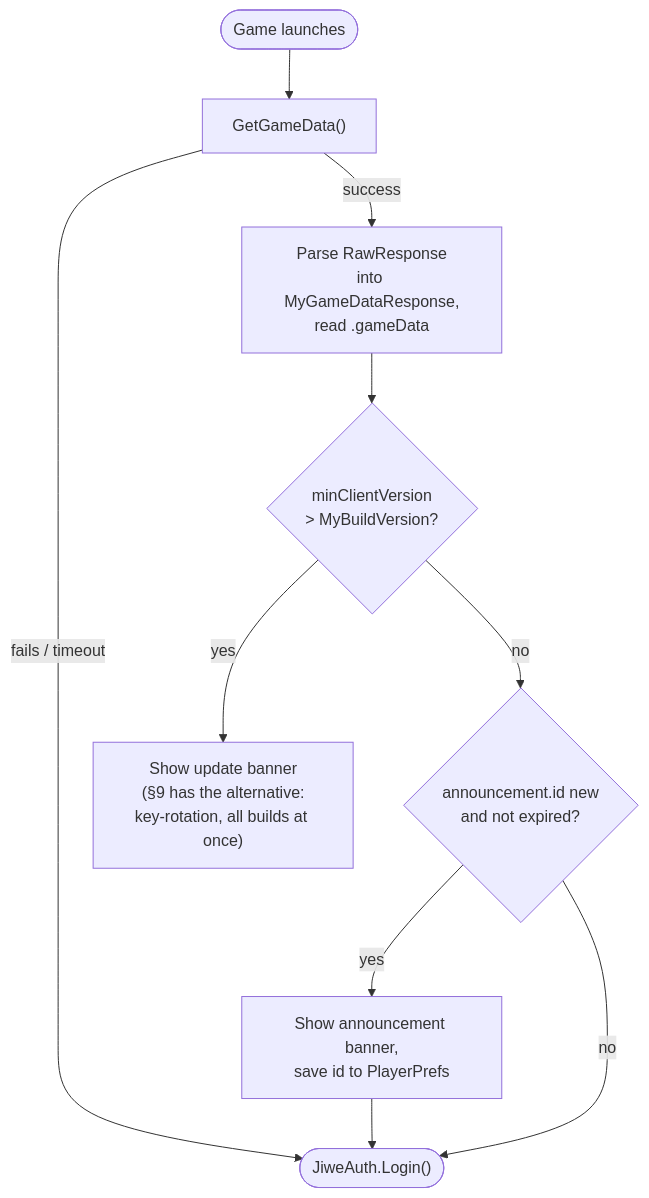
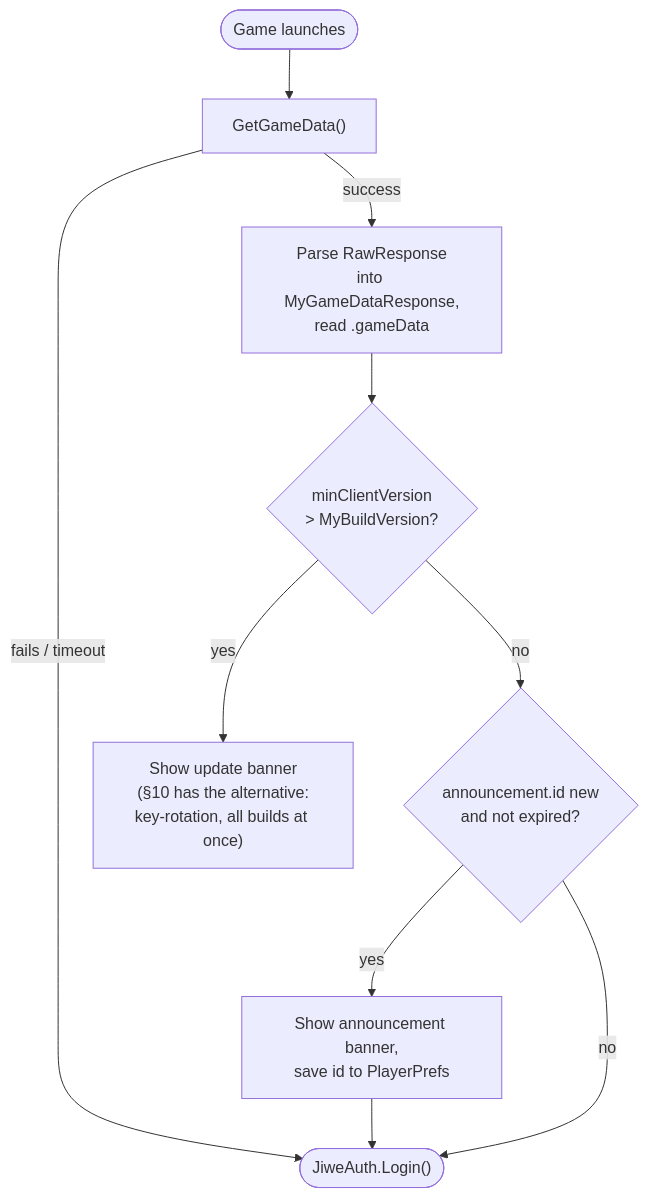
The fifth of 5 diagrams in README.md (Jiwe-Studio/wallet-sdk-unity), drawn with Mermaid before and after one commit. The commit also changed other lines of this file and 1 other file, not shown here.

````diff
--- a/README.md
+++ b/README.md
@@ -409,12 +474,12 @@
 ```mermaid
 flowchart TD
     Start([Game launches]) --> Fetch["GetGameData()"]
     Fetch -- "fails / timeout" --> Proceed
     Fetch -- success --> Parse["Parse RawResponse\ninto MyGameDataResponse,\nread .gameData"]
     Parse --> VerCheck{"minClientVersion\n> MyBuildVersion?"}
-    VerCheck -- yes --> Block["Show update banner\n(§9 has the alternative:\nkey-rotation, all builds at once)"]
+    VerCheck -- yes --> Block["Show update banner\n(§10 has the alternative:\nkey-rotation, all builds at once)"]
     VerCheck -- no --> AnnCheck{"announcement.id new\nand not expired?"}
     AnnCheck -- yes --> ShowAnn["Show announcement banner,\nsave id to PlayerPrefs"]
     AnnCheck -- no --> Proceed
     ShowAnn --> Proceed(["JiweAuth.Login()"])
 ```
````
